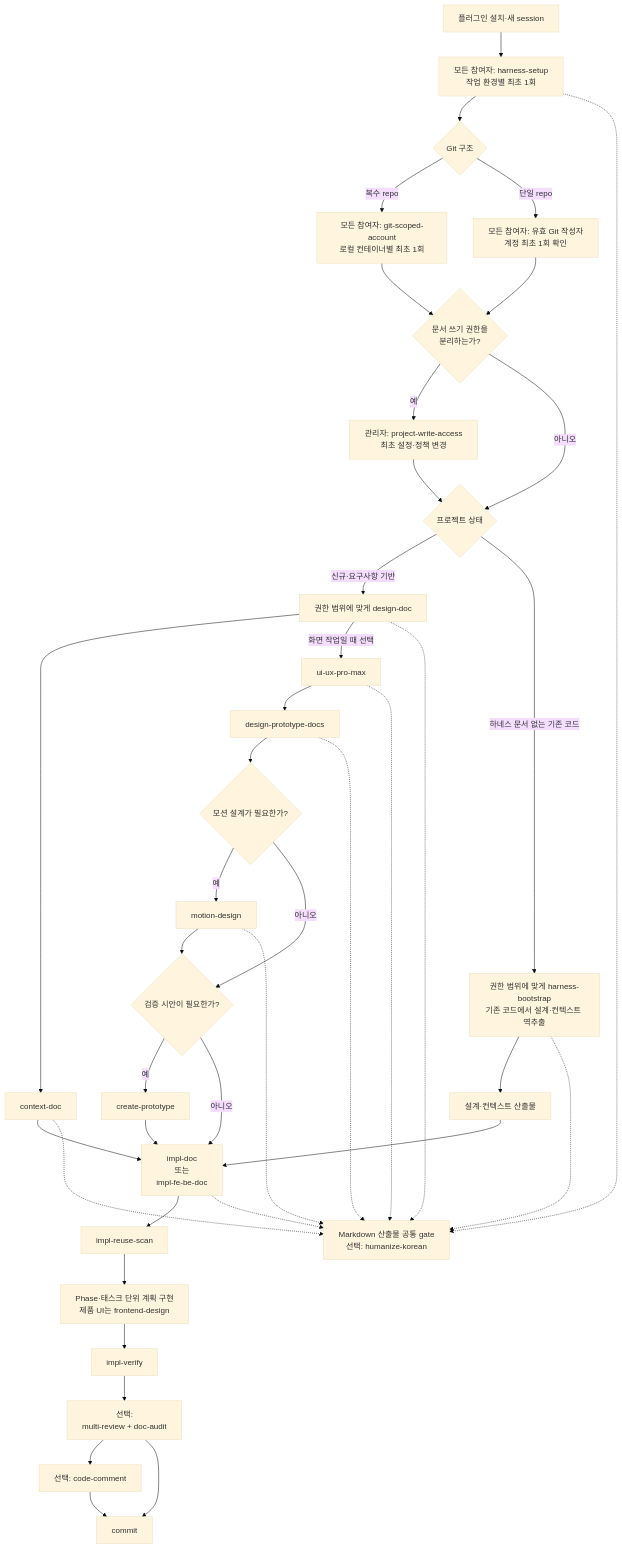
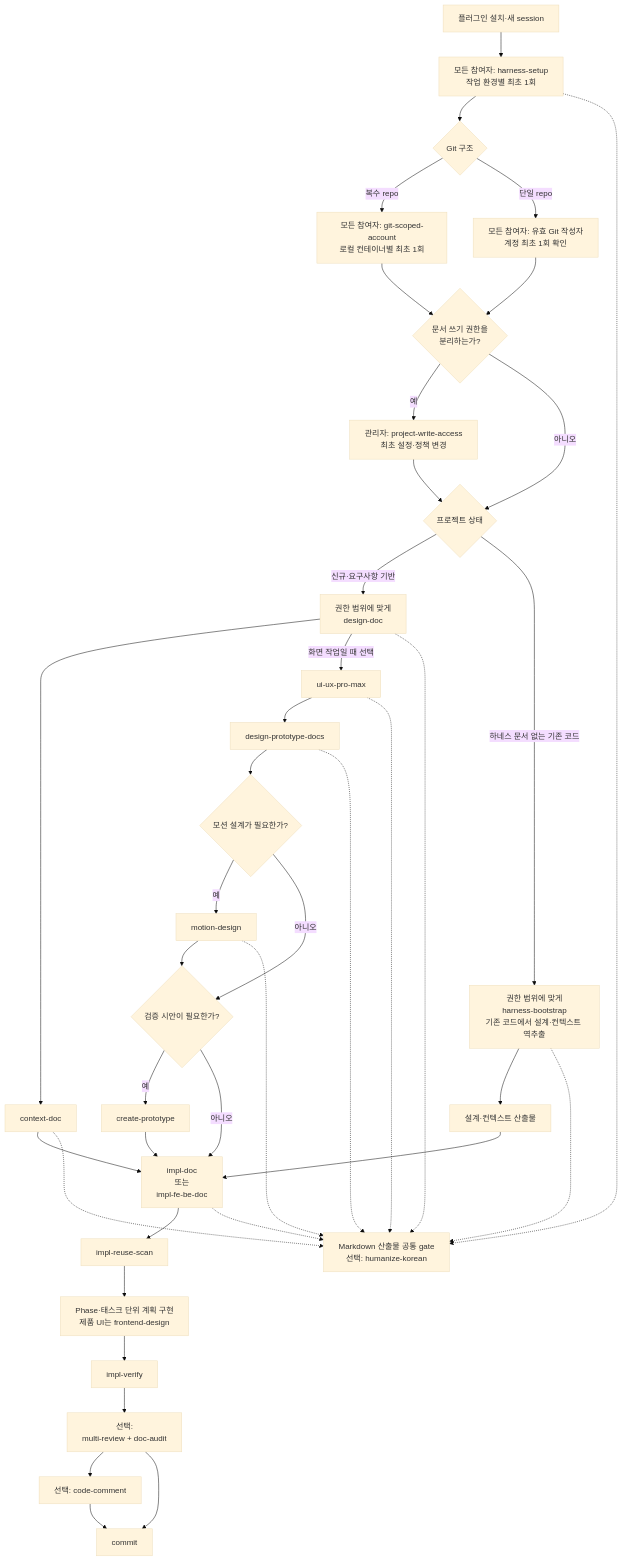
Before and after one commit to hb9397/ai-agent-harness-docs: the first of 2 diagrams in README.md, drawn with Mermaid (base theme). The commit also changed other lines of this file and 2 other files, not shown here.

Commit message:
docs(workflow): 문서 안내와 렌더링을 정돈한다
README 상단에서 다중 앱 문서 흐름과 소유권 안내를 바로 찾을 수 있게 연결한다.

운영 흐름의 하위 불릿과 Mermaid 노드 줄바꿈을 정리해 Markdown 미리보기에서 내용이 겹치거나 한 줄로 뭉치지 않게 한다.

검증: git diff --staged --check

````diff
--- a/README.md
+++ b/README.md
@@ -98,44 +99,44 @@
 ```mermaid
 flowchart TD
     P["플러그인 설치·새 session"] --> S["모든 참여자: harness-setup<br/>작업 환경별 최초 1회"]
     S --> G{"Git 구조"}
     G -->|"복수 repo"| GA["모든 참여자: git-scoped-account<br/>로컬 컨테이너별 최초 1회"]
     G -->|"단일 repo"| GV["모든 참여자: 유효 Git 작성자<br/>계정 최초 1회 확인"]
     GA --> A{"문서 쓰기 권한을<br/>분리하는가?"}
     GV --> A
     A -->|"예"| PA["관리자: project-write-access<br/>최초 설정·정책 변경"]
     A -->|"아니오"| N{"프로젝트 상태"}
     PA --> N
-    N -->|"신규·요구사항 기반"| D["권한 범위에 맞게 design-doc"]
-    N -->|"하네스 문서 없는 기존 코드"| B["권한 범위에 맞게 harness-bootstrap<br/>기존 코드에서 설계·컨텍스트 역추출"]
+    N -->|"신규·요구사항 기반"| D["권한 범위에 맞게<br/>design-doc"]
+    N -->|"하네스 문서 없는 기존 코드"| B["권한 범위에 맞게<br/>harness-bootstrap<br/>기존 코드에서 설계·컨텍스트 역추출"]
     D --> C["context-doc"]
     B --> C2["설계·컨텍스트 산출물"]
     D -->|"화면 작업일 때 선택"| UX["ui-ux-pro-max"]
     UX --> U["design-prototype-docs"]
     U --> M{"모션 설계가 필요한가?"}
     M -->|"예"| MD["motion-design"]
     M -->|"아니오"| T{"검증 시안이 필요한가?"}
     MD --> T
     T -->|"예"| CP["create-prototype"]
     T -->|"아니오"| I
     CP --> I
     C --> I["impl-doc <br/>또는<br/> impl-fe-be-doc"]
     C2 --> I
     I --> R["impl-reuse-scan"]
     R --> W["Phase·태스크 단위 계획 구현<br/>제품 UI는 frontend-design"]
     W --> V["impl-verify"]
     V --> Q["선택:<br/>multi-review + doc-audit"]
     Q --> CC["선택: code-comment"]
     CC --> CM["commit"]
     Q --> CM
 
     H["Markdown 산출물 공통 gate<br/>선택: humanize-korean<br/>"]
     S -.-> H
     B -.-> H
     D -.-> H
     C -.-> H
     UX -.-> H
     U -.-> H
     MD -.-> H
     I -.-> H
 ```
````
